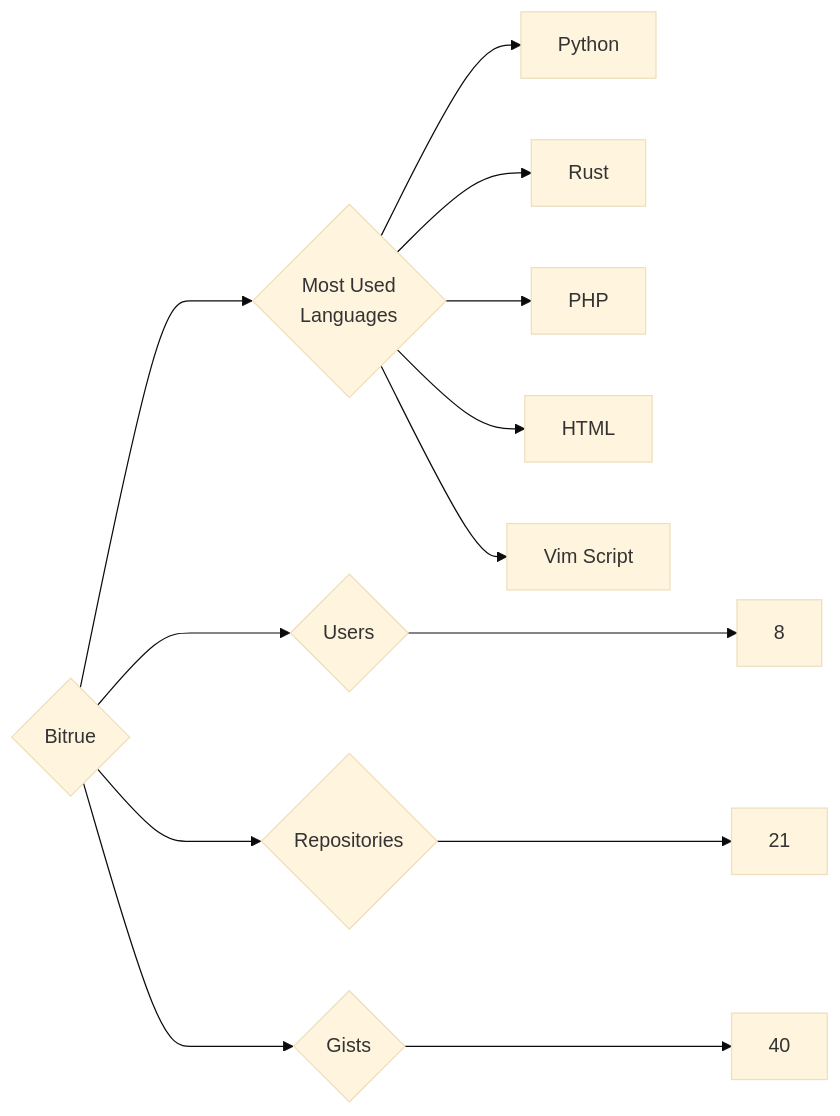
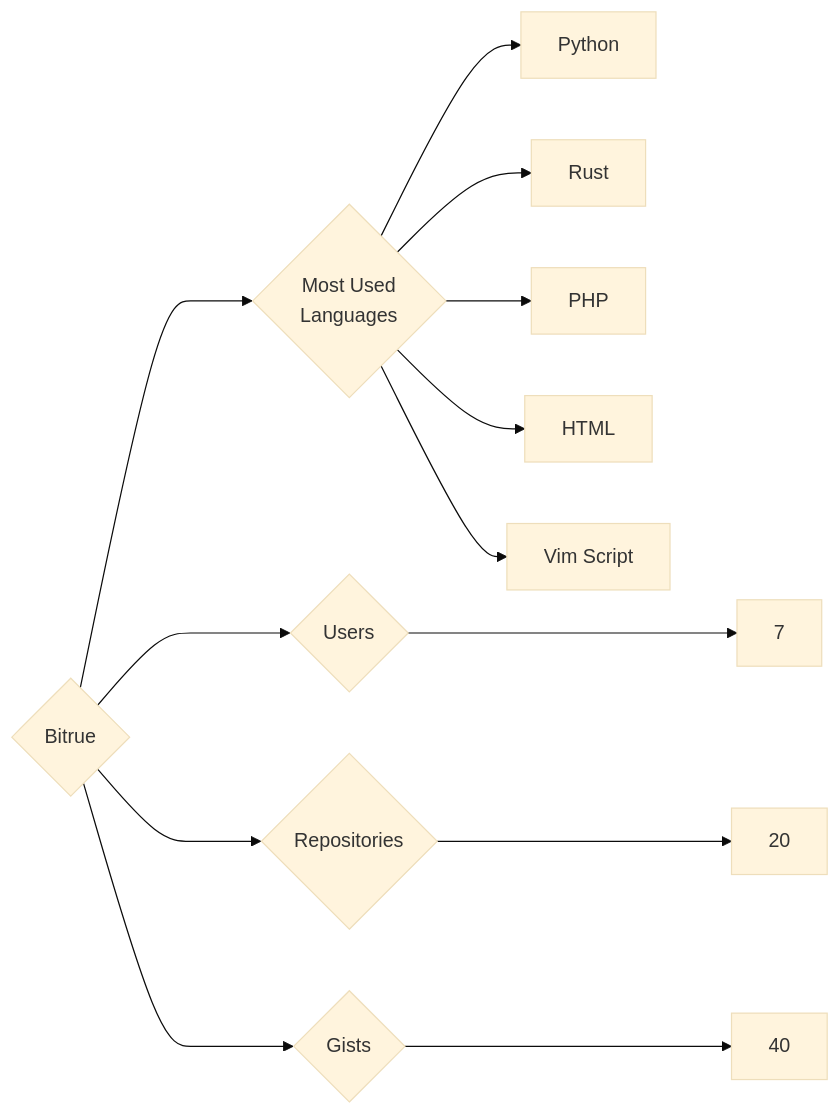
One commit to trickest/insiders changed the diagram in targets/Bitrue/README.md. Above: the diagram before and after it, drawn with Mermaid (base theme). The commit also changed 1084 other files, not shown here.

````diff
--- a/targets/Bitrue/README.md
+++ b/targets/Bitrue/README.md
@@ -3,13 +3,13 @@
 ```mermaid
 graph LR
 COMPANY_NAME{Bitrue}
-COMPANY_NAME ---> U{Users} ---> UN[8]
-COMPANY_NAME ---> R{Repositories} ---> RN[21]
+COMPANY_NAME ---> U{Users} ---> UN[7]
+COMPANY_NAME ---> R{Repositories} ---> RN[20]
 COMPANY_NAME ---> G{Gists} ---> GN[40]
 COMPANY_NAME ---> ML{Most Used<br>Languages}
 ML --> Python[Python]
 ML --> Rust[Rust]
 ML --> PHP[PHP]
 ML --> HTML[HTML]
 ML --> Vim_Script[Vim Script]
 ```
````
